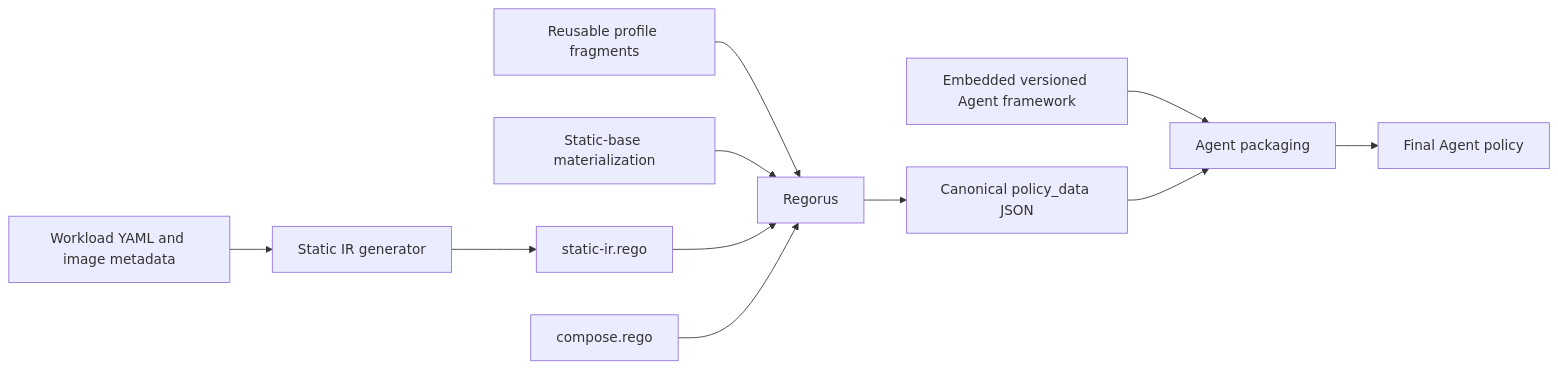
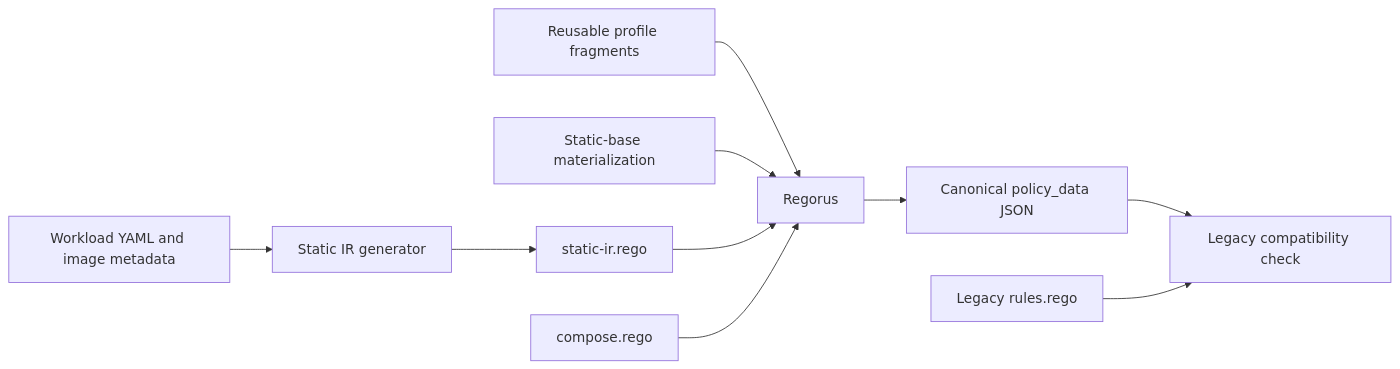
Before and after one commit to bodzhang/kata-containers: the third of 4 diagrams in docs/design/genpolicy-fragment-rego.md, drawn with Mermaid. The commit also changed other lines of this file and 3 other files, not shown here.

````diff
--- a/docs/design/genpolicy-fragment-rego.md
+++ b/docs/design/genpolicy-fragment-rego.md
@@ -1188,13 +1257,12 @@
 ```mermaid
 flowchart LR
     YAML[Workload YAML and image metadata] --> GEN[Static IR generator]
     GEN --> S[static-ir.rego]
     PF[Reusable profile fragments] --> R[Regorus]
     MF[Static-base materialization] --> R
     S --> R
     C[compose.rego] --> R
     R --> D[Canonical policy_data JSON]
-    F[Embedded versioned Agent framework] --> P[Agent packaging]
-    D --> P
-    P --> A[Final Agent policy]
+  D --> CHECK[Legacy compatibility check]
+  L[Legacy rules.rego] --> CHECK
 ```
````
